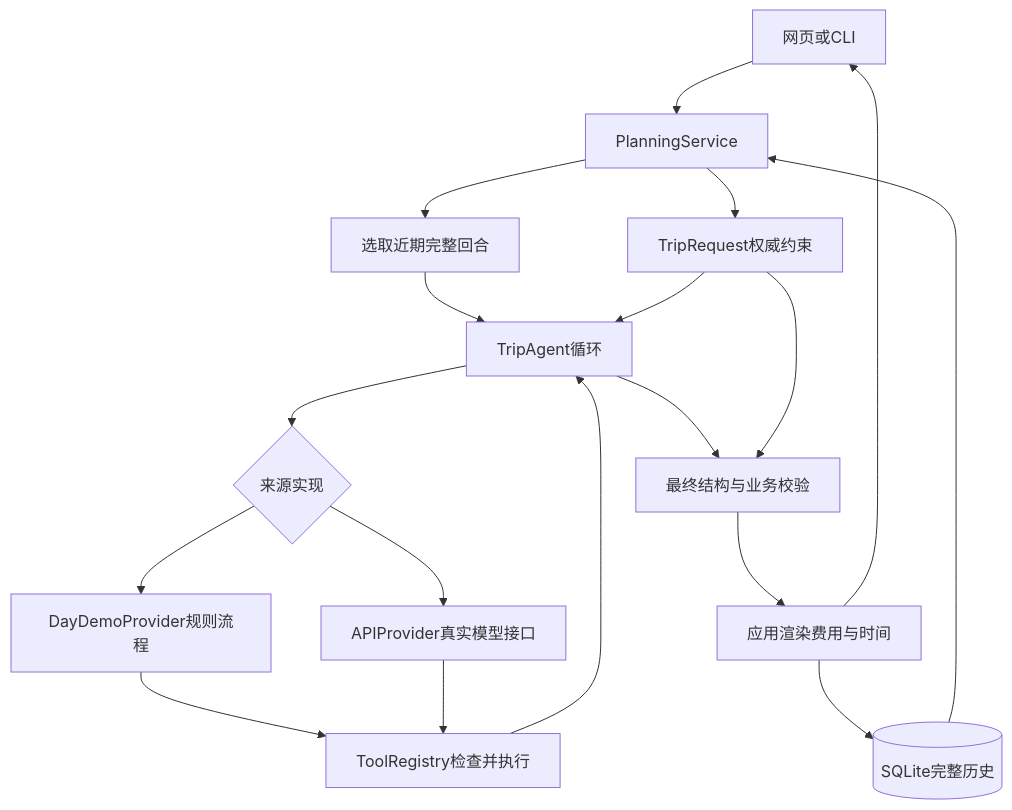
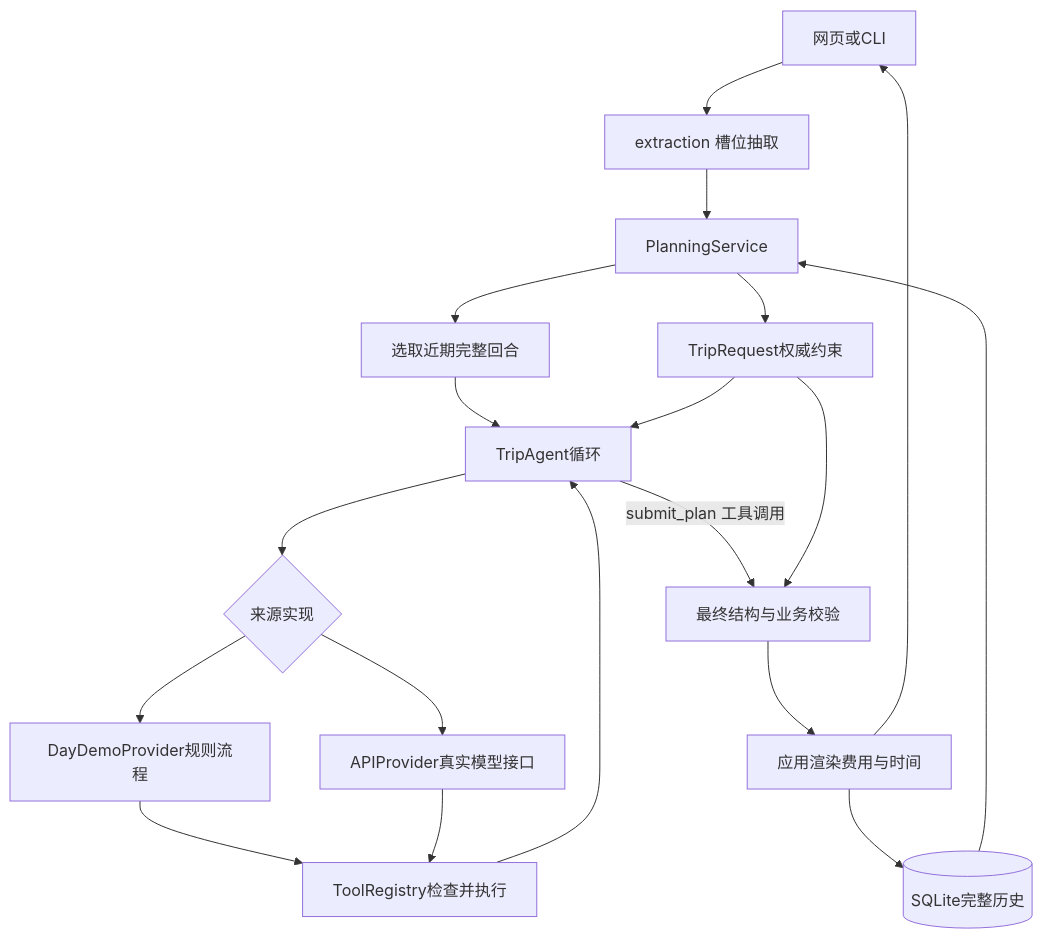
One commit to Forgottttt/weekend-agent changed the diagram in docs/ARCHITECTURE.md. Above: the diagram before and after it, drawn with Mermaid. The commit also changed other lines of this file and 30 other files, not shown here.

First line of the commit message:
feat: submit_plan tool delivery, multi-turn extraction, citation review, SSE, MCP, CI

````diff
--- a/docs/ARCHITECTURE.md
+++ b/docs/ARCHITECTURE.md
@@ -7,20 +7,21 @@
 ```mermaid
 flowchart TD
-    UI[网页或CLI] --> S[PlanningService]
+    UI[网页或CLI] --> X[extraction 槽位抽取]
+    X --> S[PlanningService]
     DB[(SQLite完整历史)] --> S
     S --> R[TripRequest权威约束]
     S --> C[选取近期完整回合]
     C --> A[TripAgent循环]
     R --> A
     A --> P{来源实现}
     P --> D[DayDemoProvider规则流程]
     P --> L[APIProvider真实模型接口]
     D --> T[ToolRegistry检查并执行]
     L --> T
     T --> A
-    A --> V[最终结构与业务校验]
+    A -->|submit_plan 工具调用| V[最终结构与业务校验]
     R --> V
     V --> O[应用渲染费用与时间]
     O --> DB
     O --> UI
 ```
````
